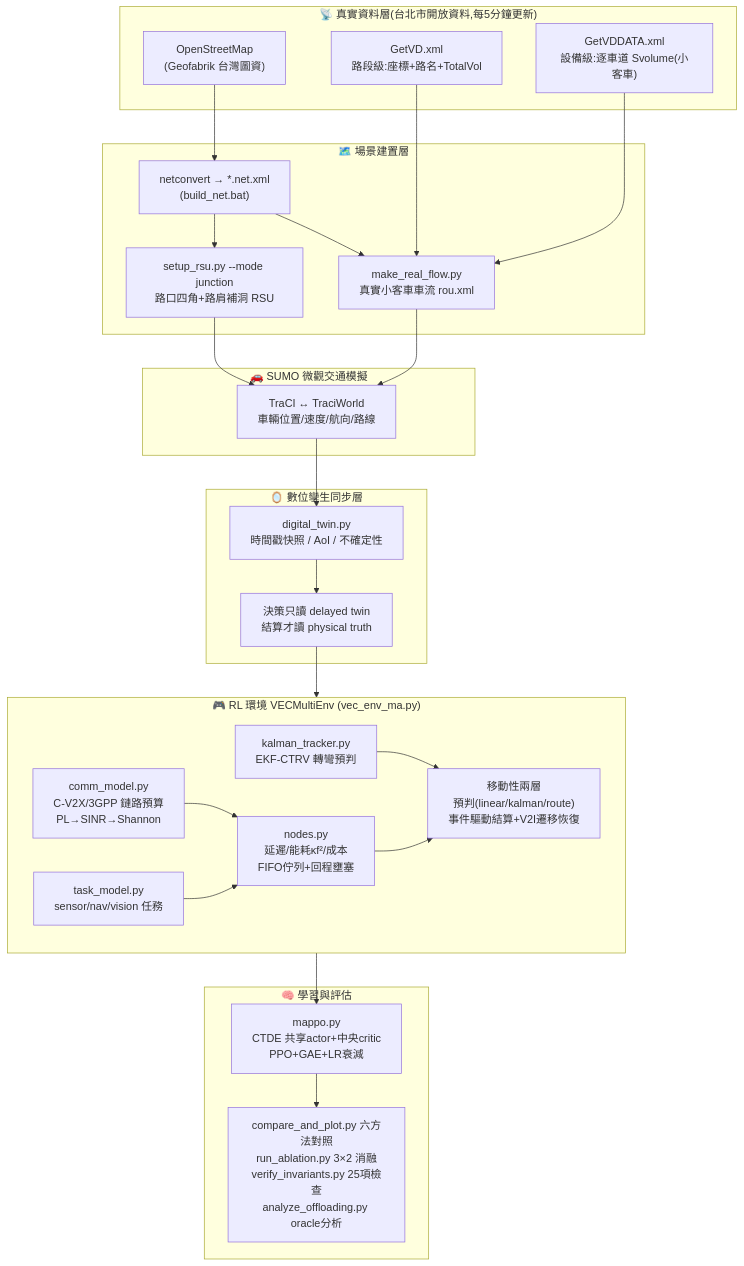
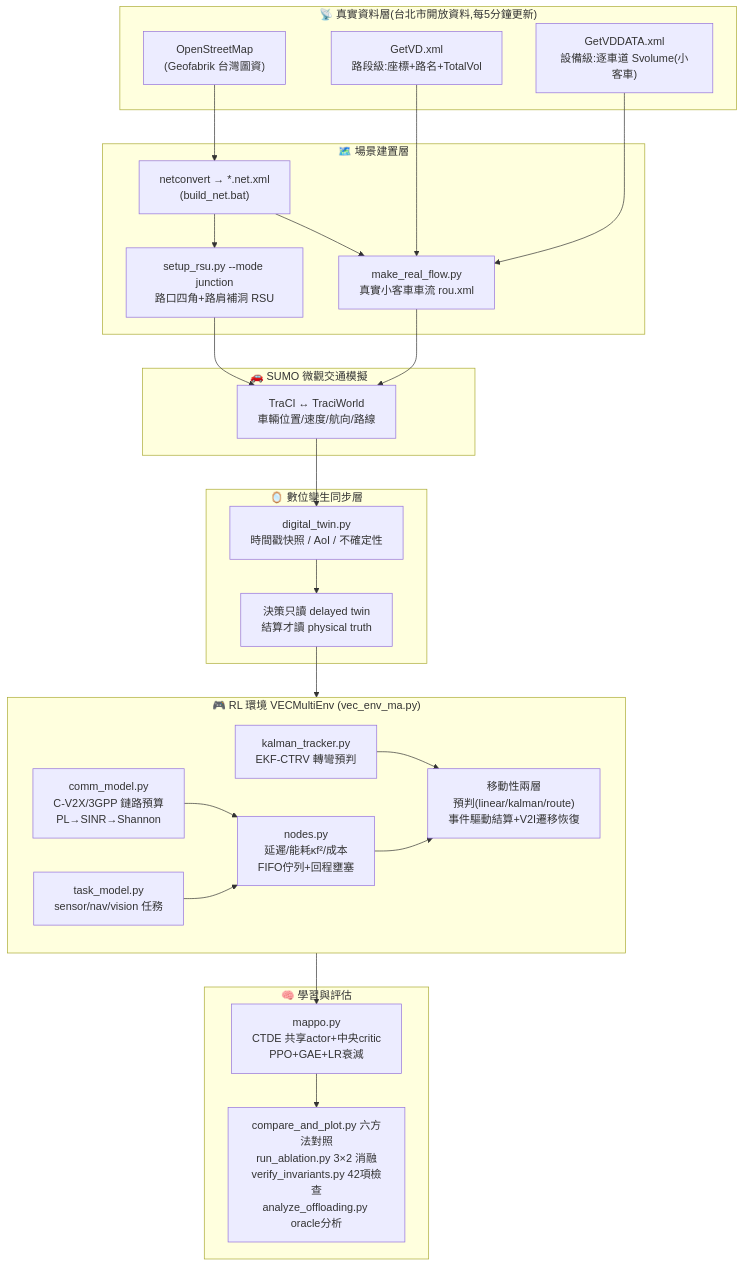
The first of 3 diagrams in README.md (Nekojuice03/desktop-tutorial), drawn with Mermaid before and after one commit. The commit also changed other lines of this file and 29 other files, not shown here.

````diff
--- a/README.md
+++ b/README.md
@@ -13,49 +13,49 @@
 ```mermaid
 flowchart TB
     subgraph DATA["📡 真實資料層(台北市開放資料,每5分鐘更新)"]
         OSM["OpenStreetMap<br/>(Geofabrik 台灣圖資)"]
         VD1["GetVD.xml<br/>路段級:座標+路名+TotalVol"]
         VD2["GetVDDATA.xml<br/>設備級:逐車道 Svolume(小客車)"]
     end
 
     subgraph SCEN["🗺️ 場景建置層"]
         NET["netconvert → *.net.xml<br/>(build_net.bat)"]
         RSU["setup_rsu.py --mode junction<br/>路口四角+路肩補洞 RSU"]
         FLOW["make_real_flow.py<br/>真實小客車車流 rou.xml"]
     end
 
     subgraph SIM["🚗 SUMO 微觀交通模擬"]
         SUMO["TraCI ↔ TraciWorld<br/>車輛位置/速度/航向/路線"]
     end
 
     subgraph TWIN["🪞 數位孿生同步層"]
         STORE["digital_twin.py<br/>時間戳快照 / AoI / 不確定性"]
         BOUNDARY["決策只讀 delayed twin<br/>結算才讀 physical truth"]
     end
 
     subgraph ENV["🎮 RL 環境 VECMultiEnv (vec_env_ma.py)"]
         COMM["comm_model.py<br/>C-V2X/3GPP 鏈路預算<br/>PL→SINR→Shannon"]
         TASK["task_model.py<br/>sensor/nav/vision 任務"]
         NODES["nodes.py<br/>延遲/能耗κf²/成本<br/>FIFO佇列+回程壅塞"]
         MOB["移動性兩層<br/>預判(linear/kalman/route)<br/>事件驅動結算+V2I遷移恢復"]
         KF["kalman_tracker.py<br/>EKF-CTRV 轉彎預判"]
     end
 
     subgraph LEARN["🧠 學習與評估"]
         MAPPO["mappo.py<br/>CTDE 共享actor+中央critic<br/>PPO+GAE+LR衰減"]
-        EVAL["compare_and_plot.py 六方法對照<br/>run_ablation.py 3×2 消融<br/>verify_invariants.py 25項檢查<br/>analyze_offloading.py oracle分析"]
+        EVAL["compare_and_plot.py 六方法對照<br/>run_ablation.py 3×2 消融<br/>verify_invariants.py 42項檢查<br/>analyze_offloading.py oracle分析"]
     end
 
     OSM --> NET --> RSU
     NET --> FLOW
     VD1 --> FLOW
     VD2 --> FLOW
     RSU --> SUMO
     FLOW --> SUMO
     SUMO --> STORE --> BOUNDARY --> ENV
     COMM --> NODES
     TASK --> NODES
     KF --> MOB
     NODES --> MOB
     ENV --> MAPPO --> EVAL
 ```
````
